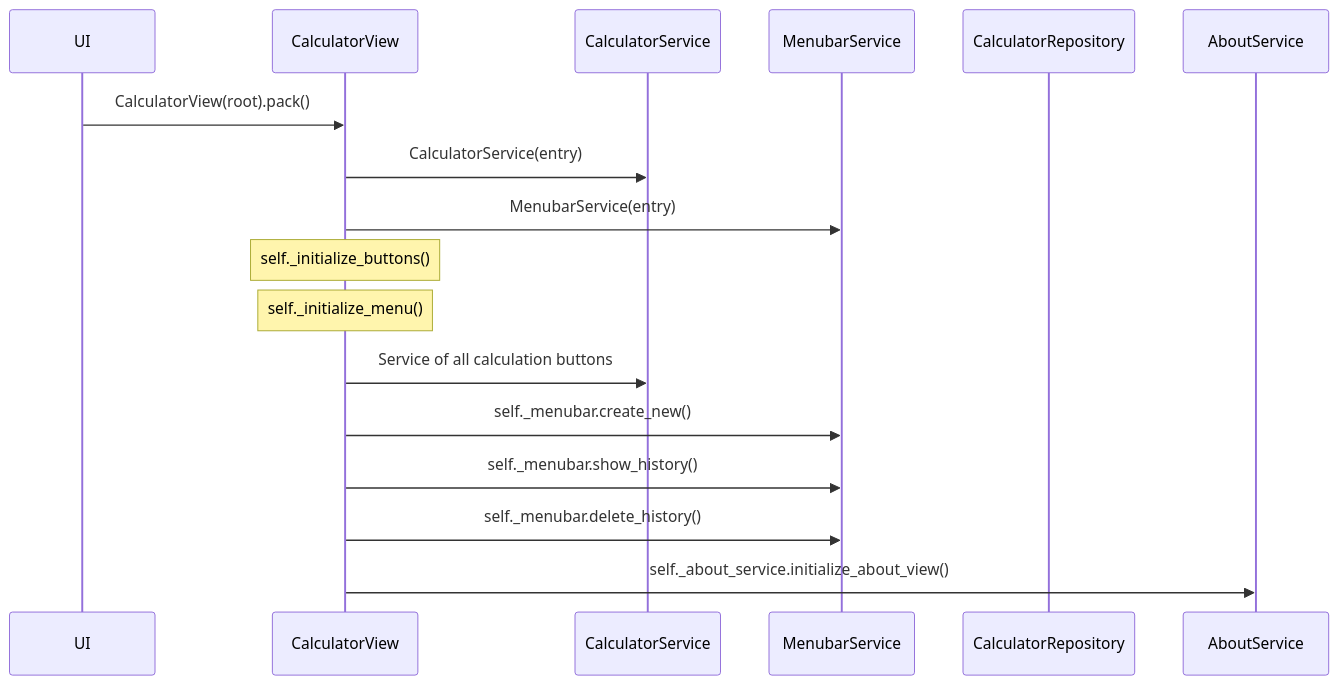
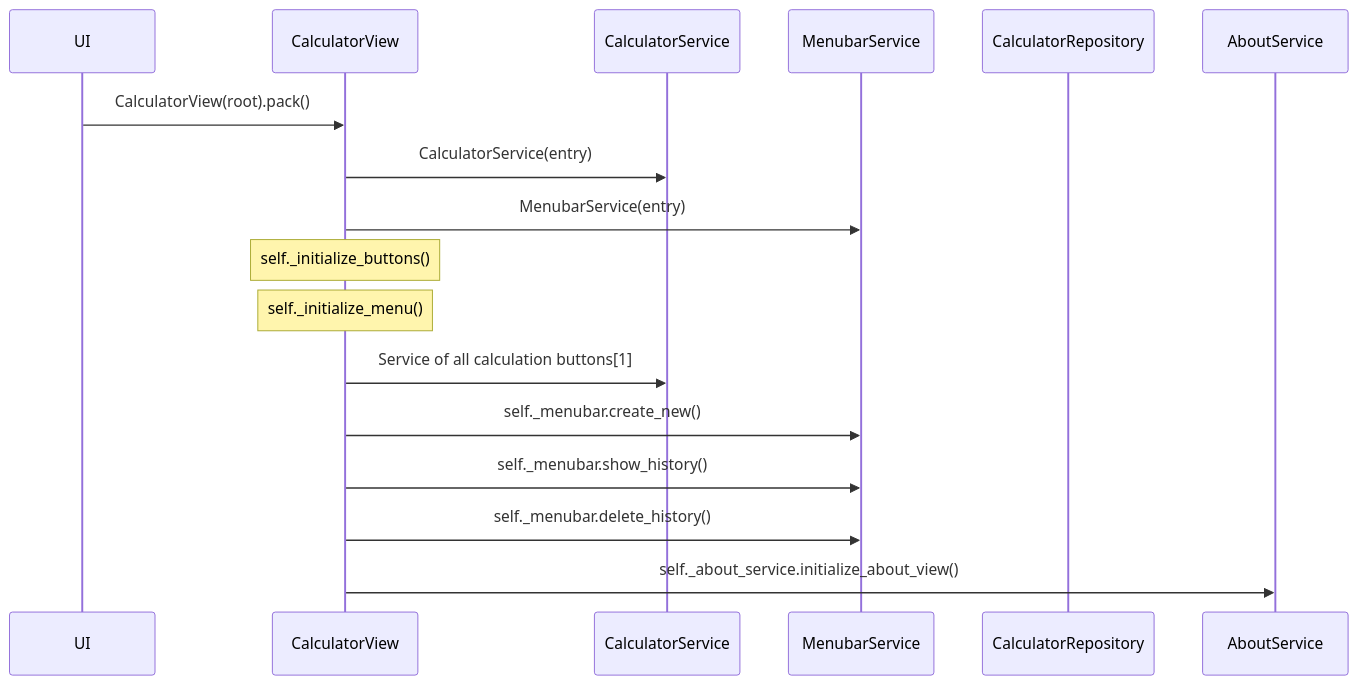
Before and after one commit to opturtio/Calculator: the third of 3 diagrams in dokumentaatio/arkkitehtuuri.md, drawn with Mermaid. The commit also changed other lines of this file, not shown here.

````diff
--- a/dokumentaatio/arkkitehtuuri.md
+++ b/dokumentaatio/arkkitehtuuri.md
@@ -61,24 +51,24 @@
 ```mermaid
 sequenceDiagram
     participant UI
     participant CalculatorView
     participant CalculatorService
     participant MenubarService
     participant CalculatorRepository
     participant AboutService
 
     UI->>CalculatorView: CalculatorView(root).pack()
 
     CalculatorView->>CalculatorService: CalculatorService(entry)
     CalculatorView->>MenubarService: MenubarService(entry)
 
     Note over CalculatorView: self._initialize_buttons()
     Note over CalculatorView: self._initialize_menu()
 
-    CalculatorView->>CalculatorService: Service of all calculation buttons
+    CalculatorView->>CalculatorService: Service of all calculation buttons[1]
 
     CalculatorView->>MenubarService: self._menubar.create_new()
     CalculatorView->>MenubarService: self._menubar.show_history()
     CalculatorView->>MenubarService: self._menubar.delete_history()
     CalculatorView->>AboutService: self._about_service.initialize_about_view()
 ```
````
